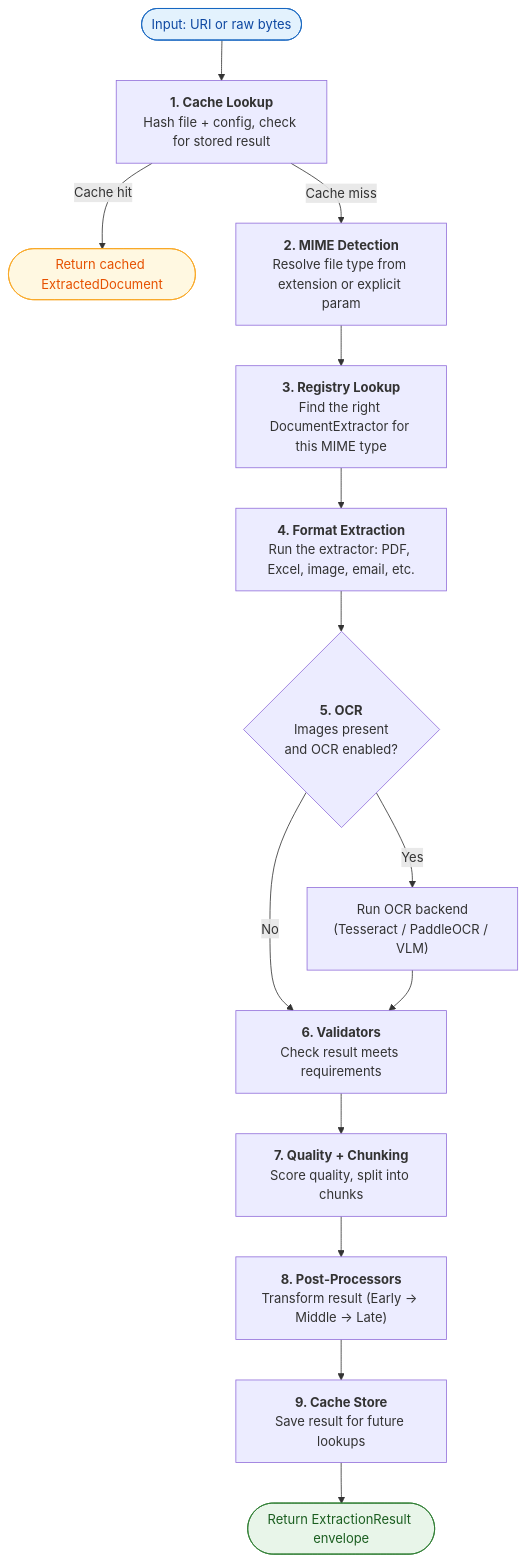
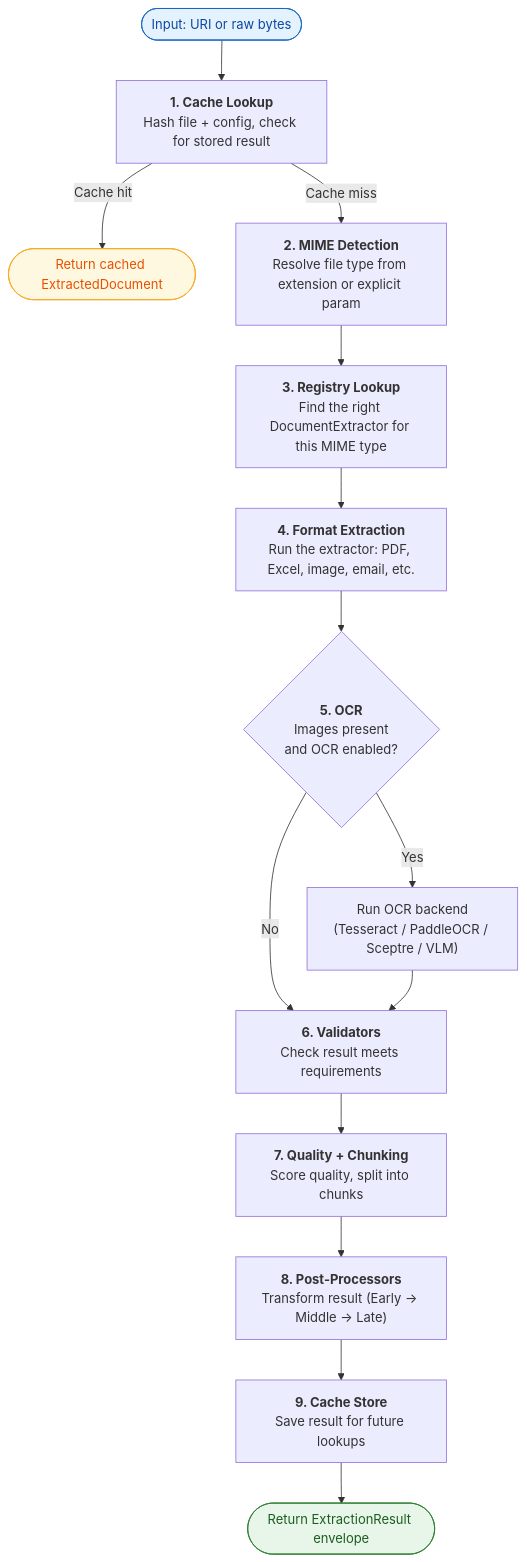
One commit to DataPolder/xberg changed the first of 2 diagrams in docs-site/src/content/docs/concepts/extraction-pipeline.md. Above: the diagram before and after it, drawn with Mermaid. The commit also changed other lines of this file and 11 other files, not shown here.

Commit message:
docs(ocr): document Sceptre backend

````diff
--- a/docs-site/src/content/docs/concepts/extraction-pipeline.md
+++ b/docs-site/src/content/docs/concepts/extraction-pipeline.md
@@ -17,26 +17,26 @@
 ```mermaid
 flowchart TD
     Input(["Input: URI or raw bytes"]):::input
 
     Input --> S1["<b>1. Cache Lookup</b>\nHash file + config, check for stored result"]
     S1 -->|Cache hit| FastReturn(["Return cached ExtractedDocument"]):::cached
 
     S1 -->|Cache miss| S2["<b>2. MIME Detection</b>\nResolve file type from extension or explicit param"]
     S2 --> S3["<b>3. Registry Lookup</b>\nFind the right DocumentExtractor for this MIME type"]
     S3 --> S4["<b>4. Format Extraction</b>\nRun the extractor: PDF, Excel, image, email, etc."]
 
     S4 --> S5{"<b>5. OCR</b>\nImages present\nand OCR enabled?"}
-    S5 -->|Yes| OCR["Run OCR backend\n(Tesseract / PaddleOCR / VLM)"]
+    S5 -->|Yes| OCR["Run OCR backend\n(Tesseract / PaddleOCR / Sceptre / VLM)"]
     S5 -->|No| S6
 
     OCR --> S6["<b>6. Validators</b>\nCheck result meets requirements"]
     S6 --> S7["<b>7. Quality + Chunking</b>\nScore quality, split into chunks"]
     S7 --> S8["<b>8. Post-Processors</b>\nTransform result (Early → Middle → Late)"]
 
     S8 --> S9["<b>9. Cache Store</b>\nSave result for future lookups"]
     S9 --> Output(["Return ExtractionResult envelope"]):::output
 
     classDef input fill:#e3f2fd,stroke:#1565c0,color:#0d47a1
     classDef output fill:#e8f5e9,stroke:#2e7d32,color:#1b5e20
     classDef cached fill:#fff8e1,stroke:#f9a825,color:#e65100
 ```
````
